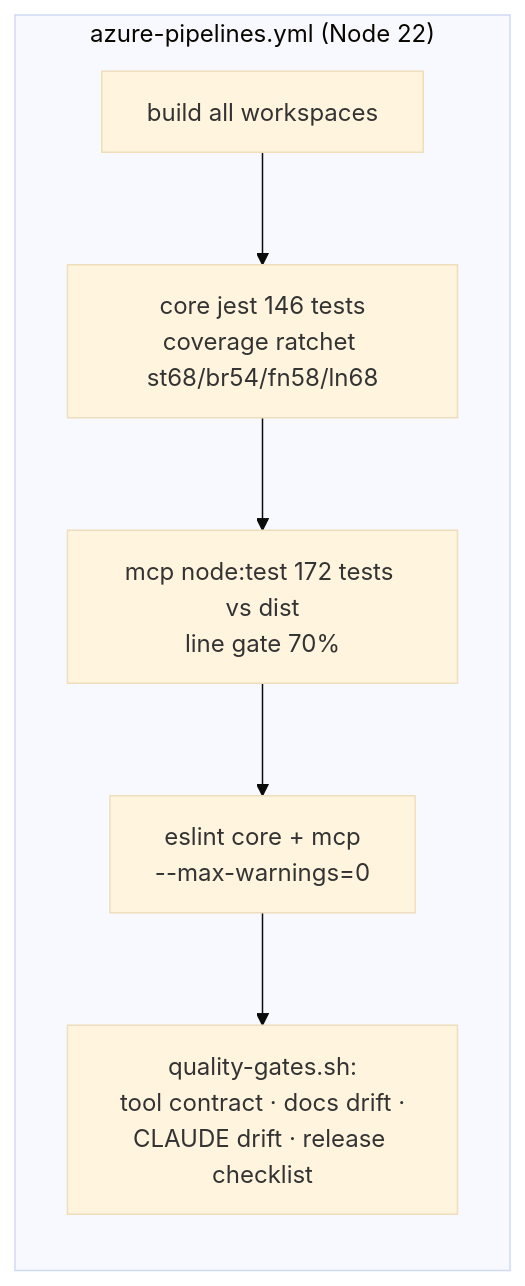
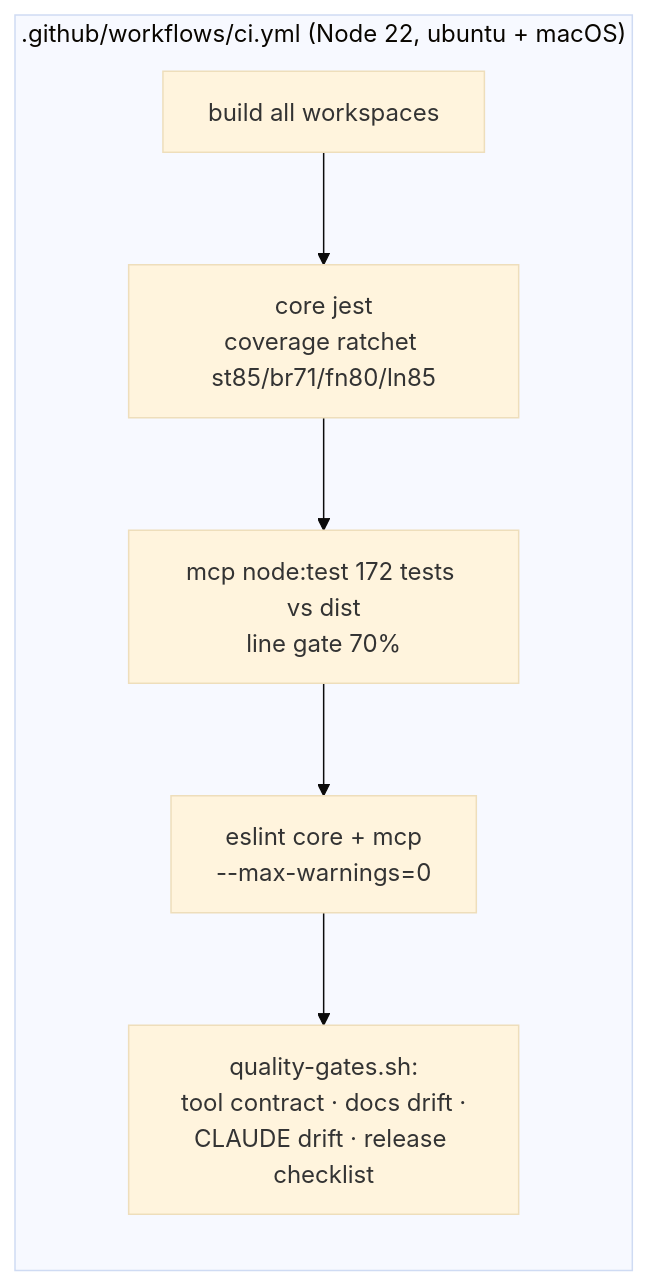
One commit to IvanBBaev/syncrona changed the sixth of 6 diagrams in docs/ARCHITECTURE.md. Above: the diagram before and after it, drawn with Mermaid (base theme). The commit also changed 169 other files, not shown here.

````diff
--- a/docs/ARCHITECTURE.md
+++ b/docs/ARCHITECTURE.md
@@ -188,9 +188,9 @@
 ```mermaid
 flowchart LR
-    subgraph CI["azure-pipelines.yml (Node 22)"]
-        B[build all workspaces] --> T1[core jest 146 tests<br/>coverage ratchet st68/br54/fn58/ln68]
+    subgraph CI[".github/workflows/ci.yml (Node 22, ubuntu + macOS)"]
+        B[build all workspaces] --> T1[core jest<br/>coverage ratchet st85/br71/fn80/ln85]
         T1 --> T2[mcp node:test 172 tests vs dist<br/>line gate 70%]
         T2 --> L[eslint core + mcp<br/>--max-warnings=0]
         L --> Q[quality-gates.sh:<br/>tool contract · docs drift ·<br/>CLAUDE drift · release checklist]
     end
 ```
````
